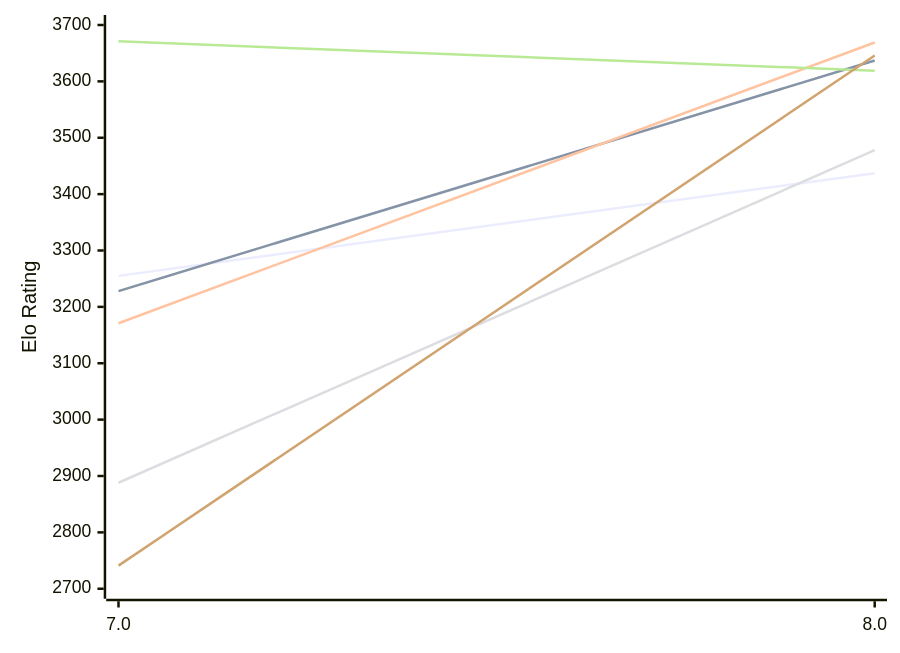
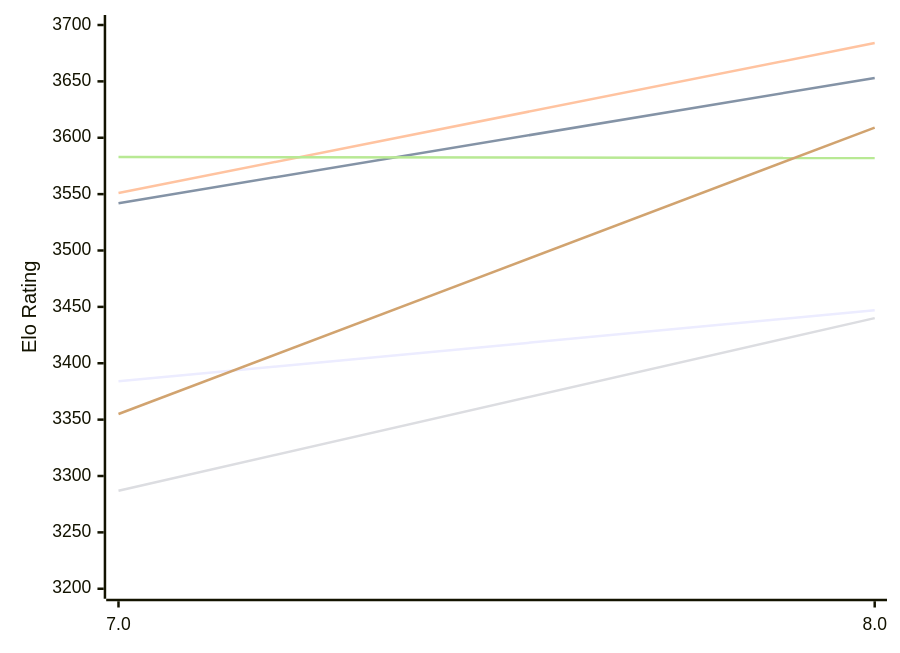
One commit to computer-chess-index/cci changed the first of 2 diagrams in engines/Integral.md. Above: the diagram before and after it, drawn with Mermaid. The commit also changed other lines of this file, not shown here.

Commit message:
Update CCI Ratings (ELO VLTC) - 2026-11-14

````diff
--- a/engines/Integral.md
+++ b/engines/Integral.md
@@ -50,12 +50,12 @@
 ```mermaid
 %%{init: {"theme":"base","themeVariables":{"seriesColors:['#a3a3a3','#222221','#faa371']}}}%%
 xychart-beta
   x-axis ["7.0", "8.0"]
-  y-axis "Elo Rating" 2700 --> 3700
-  line "E1: STC (8.0+0.08s)" [3255, 3437]
-  line "E1: LTC (60.0+0.60s)" [3228, 3637]
-  line "E1: VLTC (2m24s+1.12s)" [3171, 3669]
-  line "P1: STC (8.0+0.08s)" [2888, 3478]
-  line "P1: LTC (60.0+0.60s)" [3671, 3619]
-  line "P1: VLTC (2m24s+1.12s)" [2741, 3646]
+  y-axis "Elo Rating" 3200 --> 3700
+  line "E1: STC (8.0+0.08s)" [3384, 3447]
+  line "E1: LTC (60.0+0.60s)" [3542, 3653]
+  line "E1: VLTC (2m24s+1.12s)" [3551, 3684]
+  line "P1: STC (8.0+0.08s)" [3287, 3440]
+  line "P1: LTC (60.0+0.60s)" [3583, 3582]
+  line "P1: VLTC (2m24s+1.12s)" [3355, 3609]
 ```
````
